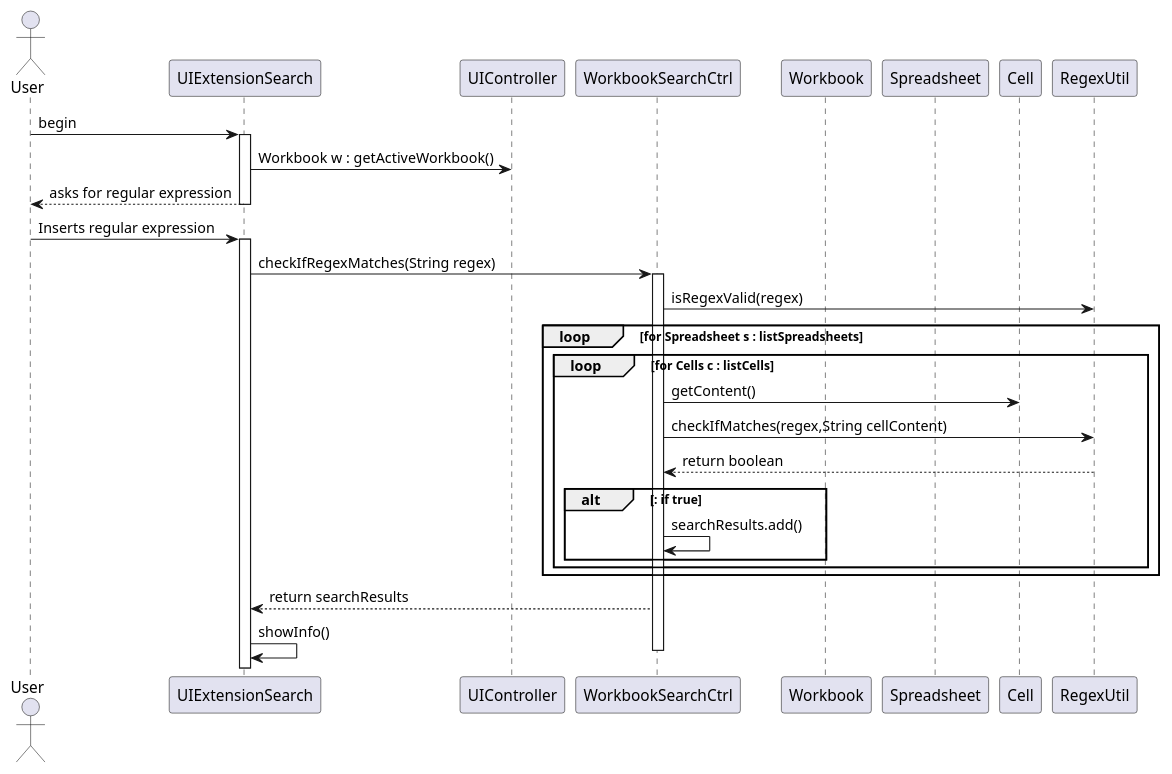
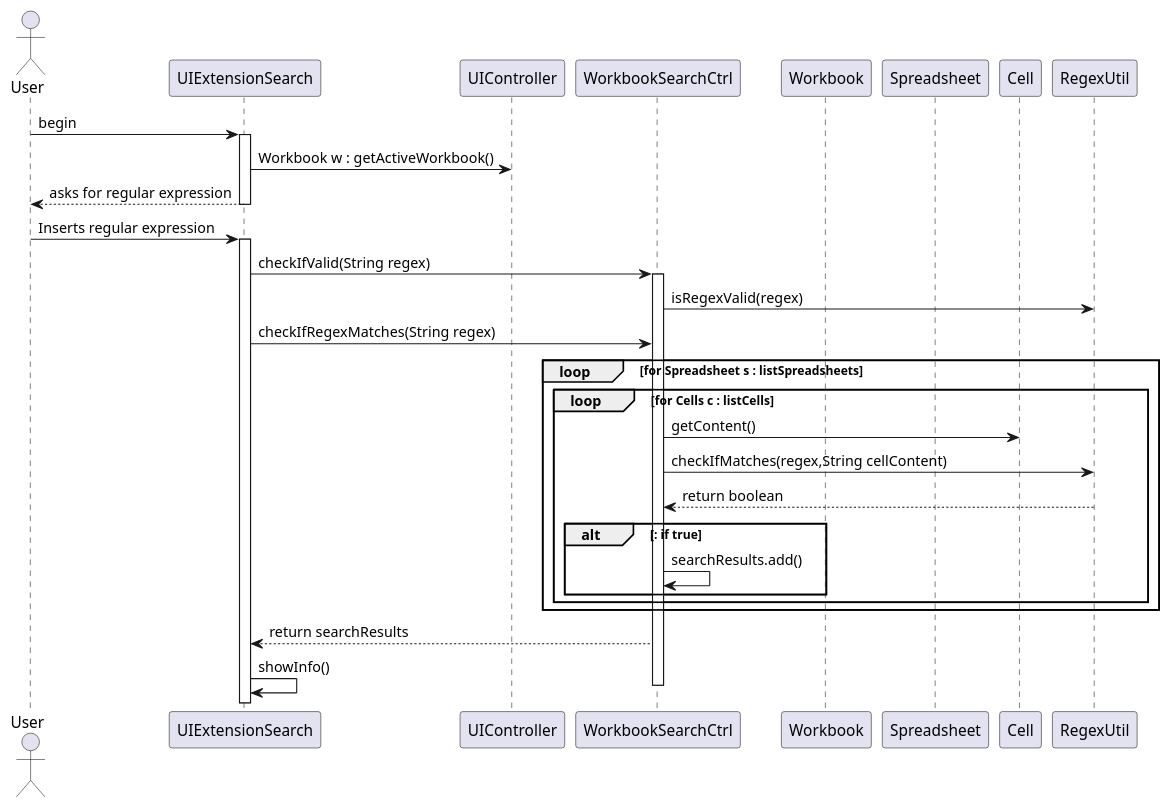
The diagram in src/main/java/lapr4/red/s1/core/n1150613/workbookSearch/core07_01_design_sd.puml (MikeTekOn/lapr4-2017-2dd), drawn with PlantUML before and after one commit. The commit also changed 4 other files, not shown here.

```diff
--- a/src/main/java/lapr4/red/s1/core/n1150613/workbookSearch/core07_01_design_sd.puml
+++ b/src/main/java/lapr4/red/s1/core/n1150613/workbookSearch/core07_01_design_sd.puml
@@ -1,37 +1,40 @@
 @startuml 
 
     actor User 
     participant "UIExtensionSearch" as UI
     participant "UIController" as UIctrl
     participant "WorkbookSearchCtrl" as ctrl
     participant "Workbook" as WBOOK
     participant "Spreadsheet" as sheet
     participant "Cell" as cll
     participant "RegexUtil" as util
 
     User -> UI : begin
     activate UI 
     UI -> UIctrl : Workbook w : getActiveWorkbook()
     User <-- UI : asks for regular expression
     deactivate ctrl
     deactivate UI
     User -> UI : Inserts regular expression
     activate UI
-    UI -> ctrl : checkIfRegexMatches(String regex)
+    UI -> ctrl : checkIfValid(String regex)
     activate ctrl
     ctrl -> util : isRegexValid(regex)
+    UI -> ctrl : checkIfRegexMatches(String regex)
+    
+    
     loop for Spreadsheet s : listSpreadsheets
     loop for Cells c : listCells
     ctrl -> cll : getContent()
     ctrl -> util : checkIfMatches(regex,String cellContent)
     ctrl <-- util : return boolean
     alt : if true
     ctrl -> ctrl : searchResults.add()
     end
     end
     end
     UI <-- ctrl : return searchResults
     UI -> UI : showInfo()
     deactivate ctrl
     
 @enduml
```
